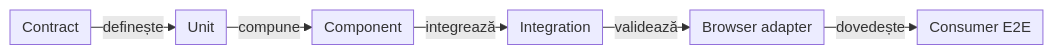
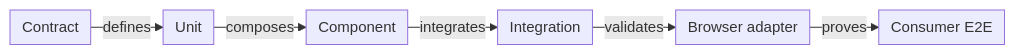
One commit to crististefanita/atf_j0 changed the third of 3 diagrams in docs/ATF_Evidence_Capture_Contract.md. Above: the diagram before and after it, drawn with Mermaid. The commit also changed other lines of this file and 113 other files, not shown here.

````diff
--- a/docs/ATF_Evidence_Capture_Contract.md
+++ b/docs/ATF_Evidence_Capture_Contract.md
@@ -169,9 +160,9 @@
 ```mermaid
 %%{init: {"themeVariables":{"fontSize":"15px"},"themeCSS":".nodeLabel, .nodeLabel p { font-size: 15px !important; line-height: 1.35 !important; } .edgeLabel, .edgeLabel p { font-size: 12px !important; font-weight: 400 !important; line-height: 1.2 !important; } .edgeLabel .labelBkg, .edgeLabel p { background: transparent !important; } .edgeLabel foreignObject { transform: translateY(-18px); overflow: visible; } .node rect { rx: 6px; ry: 6px; }","flowchart":{"curve":"linear","nodeSpacing":24,"rankSpacing":24,"padding":6,"diagramPadding":20}}}%%
 flowchart LR
-    Contract["Contract"] -->|definește| Unit["Unit"]
-    Unit -->|compune| Component["Component"]
-    Component -->|integrează| Integration["Integration"]
-    Integration -->|validează| Browser["Browser adapter"]
-    Browser -->|dovedește| ConsumerE2E["Consumer E2E"]
+    Contract["Contract"] -->|defines| Unit["Unit"]
+    Unit -->|composes| Component["Component"]
+    Component -->|integrates| Integration["Integration"]
+    Integration -->|validates| Browser["Browser adapter"]
+    Browser -->|proves| ConsumerE2E["Consumer E2E"]
 ```
````
